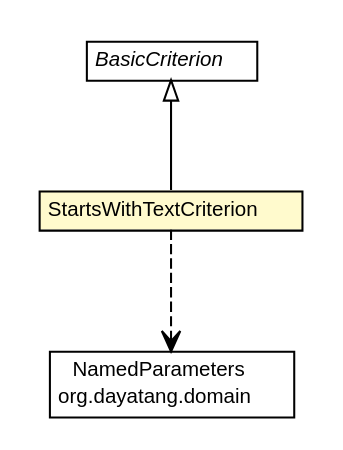
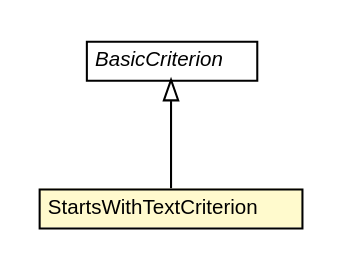
The diagram in dddlib-domain/apidocs/org/dayatang/domain/internal/StartsWithTextCriterion.dot (dayatang/dddlib), drawn with Graphviz before and after one commit. The commit also changed 869 other files, not shown here.

```diff
--- a/dddlib-domain/apidocs/org/dayatang/domain/internal/StartsWithTextCriterion.dot
+++ b/dddlib-domain/apidocs/org/dayatang/domain/internal/StartsWithTextCriterion.dot
@@ -1,35 +1,26 @@
 #!/usr/local/bin/dot
 #
 # Class diagram 
 # Generated by UMLGraph version R5_6_6-8-g8d7759 (http://www.umlgraph.org/)
 #
 
 digraph G {
 	edge [fontname="Helvetica",fontsize=10,labelfontname="Helvetica",labelfontsize=10];
 	node [fontname="Helvetica",fontsize=10,shape=plaintext];
 	nodesep=0.25;
 	ranksep=0.5;
-	// org.dayatang.domain.NamedParameters
-	c5507 [label=<<table title="org.dayatang.domain.NamedParameters" border="0" cellborder="1" cellspacing="0" cellpadding="2" port="p" href="../NamedParameters.html">
-		<tr><td><table border="0" cellspacing="0" cellpadding="1">
-<tr><td align="center" balign="center"> NamedParameters </td></tr>
-<tr><td align="center" balign="center"> org.dayatang.domain </td></tr>
-		</table></td></tr>
-		</table>>, URL="../NamedParameters.html", fontname="Helvetica", fontcolor="black", fontsize=10.0];
 	// org.dayatang.domain.internal.StartsWithTextCriterion
-	c5531 [label=<<table title="org.dayatang.domain.internal.StartsWithTextCriterion" border="0" cellborder="1" cellspacing="0" cellpadding="2" port="p" bgcolor="lemonChiffon" href="./StartsWithTextCriterion.html">
+	c5515 [label=<<table title="org.dayatang.domain.internal.StartsWithTextCriterion" border="0" cellborder="1" cellspacing="0" cellpadding="2" port="p" bgcolor="lemonChiffon" href="./StartsWithTextCriterion.html">
 		<tr><td><table border="0" cellspacing="0" cellpadding="1">
 <tr><td align="center" balign="center"> StartsWithTextCriterion </td></tr>
 		</table></td></tr>
 		</table>>, URL="./StartsWithTextCriterion.html", fontname="Helvetica", fontcolor="black", fontsize=10.0];
 	// org.dayatang.domain.internal.BasicCriterion
-	c5564 [label=<<table title="org.dayatang.domain.internal.BasicCriterion" border="0" cellborder="1" cellspacing="0" cellpadding="2" port="p" href="./BasicCriterion.html">
+	c5548 [label=<<table title="org.dayatang.domain.internal.BasicCriterion" border="0" cellborder="1" cellspacing="0" cellpadding="2" port="p" href="./BasicCriterion.html">
 		<tr><td><table border="0" cellspacing="0" cellpadding="1">
 <tr><td align="center" balign="center"><font face="Helvetica-Oblique"> BasicCriterion </font></td></tr>
 		</table></td></tr>
 		</table>>, URL="./BasicCriterion.html", fontname="Helvetica", fontcolor="black", fontsize=10.0];
 	//org.dayatang.domain.internal.StartsWithTextCriterion extends org.dayatang.domain.internal.BasicCriterion
-	c5564:p -> c5531:p [dir=back,arrowtail=empty];
-	// org.dayatang.domain.internal.StartsWithTextCriterion DEPEND org.dayatang.domain.NamedParameters
-	c5531:p -> c5507:p [taillabel="", label=" "headlabel="", fontname="Helvetica", fontcolor="black", fontsize=10.0, color="black", arrowhead=open, style=dashed];
+	c5548:p -> c5515:p [dir=back,arrowtail=empty];
 }
```
